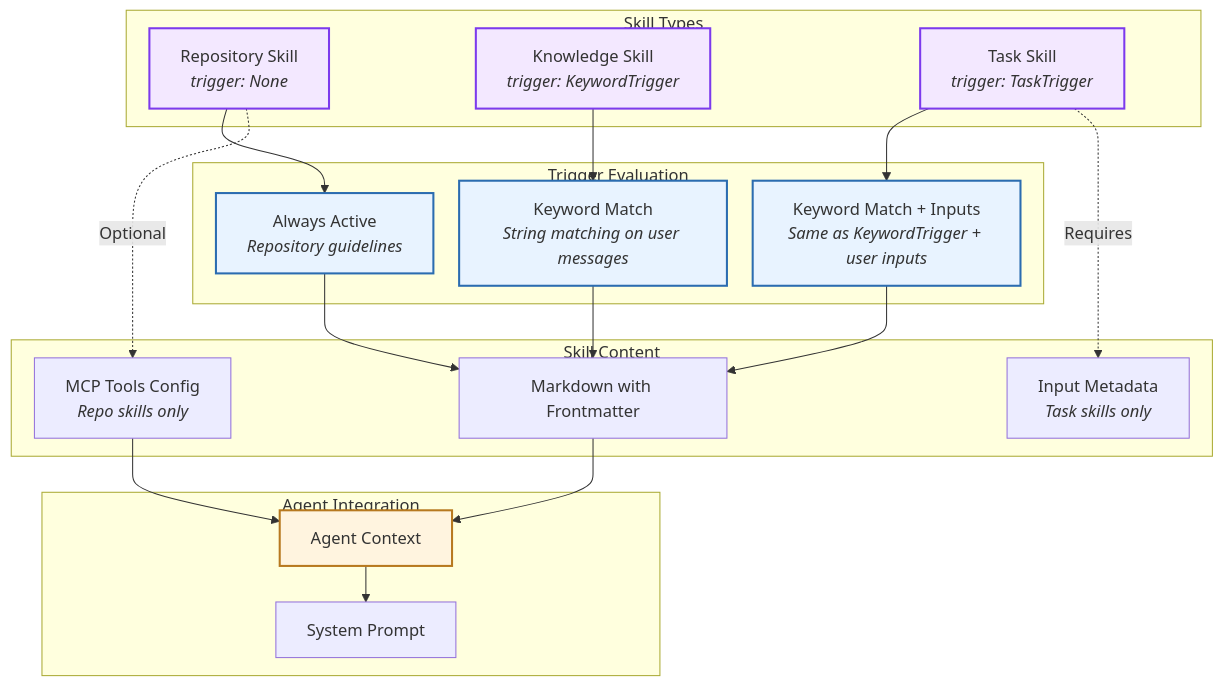
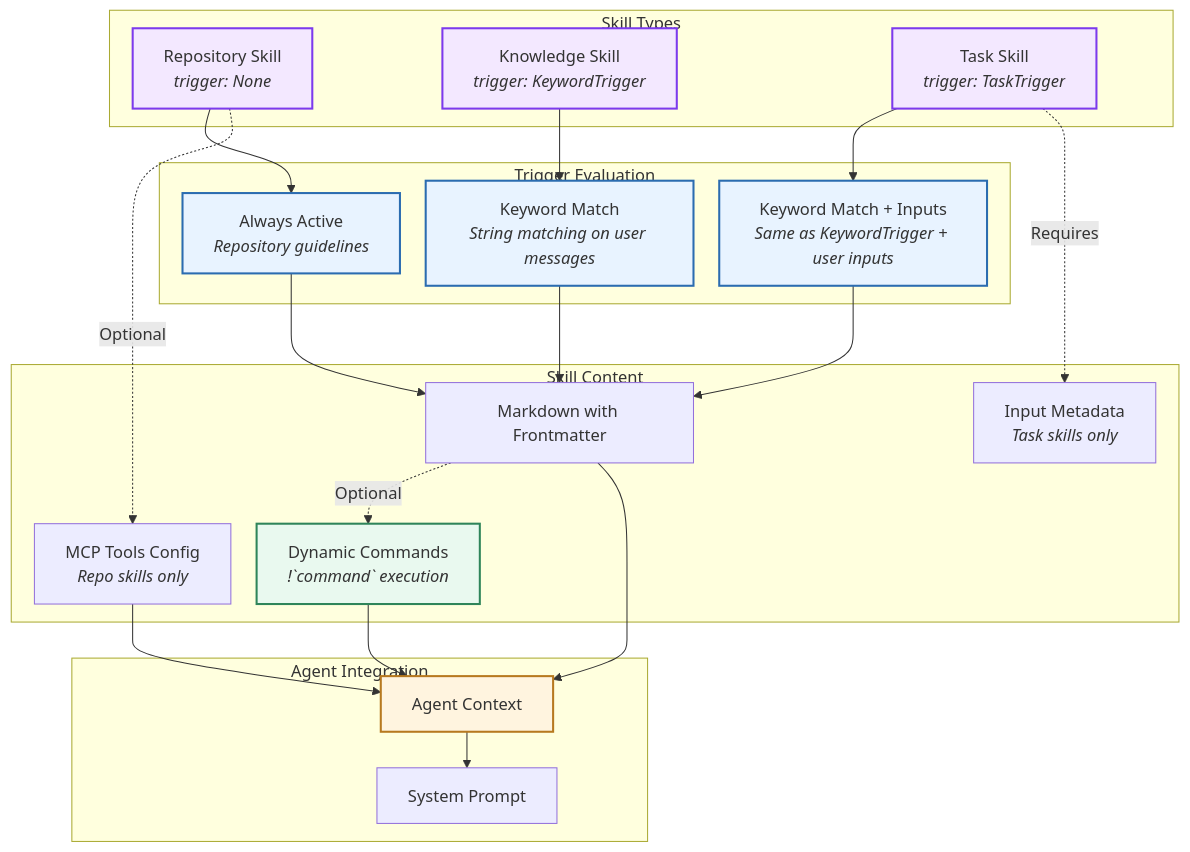
The first of 7 diagrams in sdk/arch/skill.mdx (OpenHands/docs), drawn with Mermaid before and after one commit. The commit also changed other lines of this file and 1 other file, not shown here.

First line of the commit message:
docs: add dynamic command execution for skills (#426)

````diff
--- a/sdk/arch/skill.mdx
+++ b/sdk/arch/skill.mdx
@@ -21,49 +22,54 @@
 ```mermaid
 %%{init: {"theme": "default", "flowchart": {"nodeSpacing": 25, "rankSpacing": 35}} }%%
 flowchart TB
     subgraph Types["Skill Types"]
         Repo["Repository Skill<br><i>trigger: None</i>"]
         Knowledge["Knowledge Skill<br><i>trigger: KeywordTrigger</i>"]
         Task["Task Skill<br><i>trigger: TaskTrigger</i>"]
     end
     
     subgraph Triggers["Trigger Evaluation"]
         Always["Always Active<br><i>Repository guidelines</i>"]
         Keyword["Keyword Match<br><i>String matching on user messages</i>"]
         TaskMatch["Keyword Match + Inputs<br><i>Same as KeywordTrigger + user inputs</i>"]
     end
     
     subgraph Content["Skill Content"]
         Markdown["Markdown with Frontmatter"]
+        Dynamic["Dynamic Commands<br><i>!`command` execution</i>"]
         MCPTools["MCP Tools Config<br><i>Repo skills only</i>"]
         Inputs["Input Metadata<br><i>Task skills only</i>"]
     end
     
     subgraph Integration["Agent Integration"]
         Context["Agent Context"]
         Prompt["System Prompt"]
     end
     
     Repo --> Always
     Knowledge --> Keyword
     Task --> TaskMatch
     
     Always --> Markdown
     Keyword --> Markdown
     TaskMatch --> Markdown
     
+    Markdown -.->|Optional| Dynamic
     Repo -.->|Optional| MCPTools
     Task -.->|Requires| Inputs
     
     Markdown --> Context
+    Dynamic --> Context
     MCPTools --> Context
     Context --> Prompt
     
     classDef primary fill:#f3e8ff,stroke:#7c3aed,stroke-width:2px
     classDef secondary fill:#e8f3ff,stroke:#2b6cb0,stroke-width:2px
     classDef tertiary fill:#fff4df,stroke:#b7791f,stroke-width:2px
+    classDef dynamic fill:#e9f9ef,stroke:#2f855a,stroke-width:2px
     
     class Repo,Knowledge,Task primary
     class Always,Keyword,TaskMatch secondary
     class Context tertiary
+    class Dynamic dynamic
 ```
````
